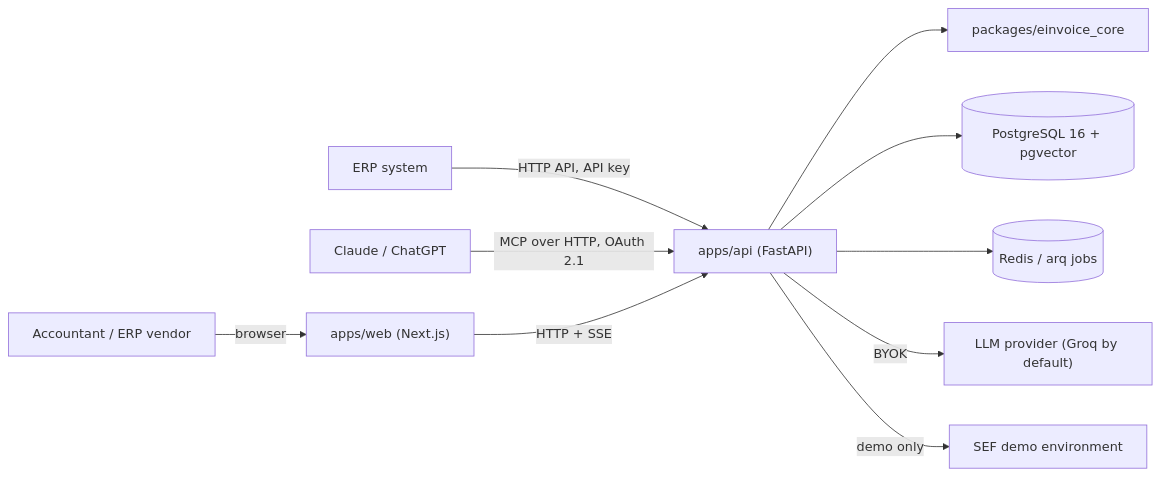
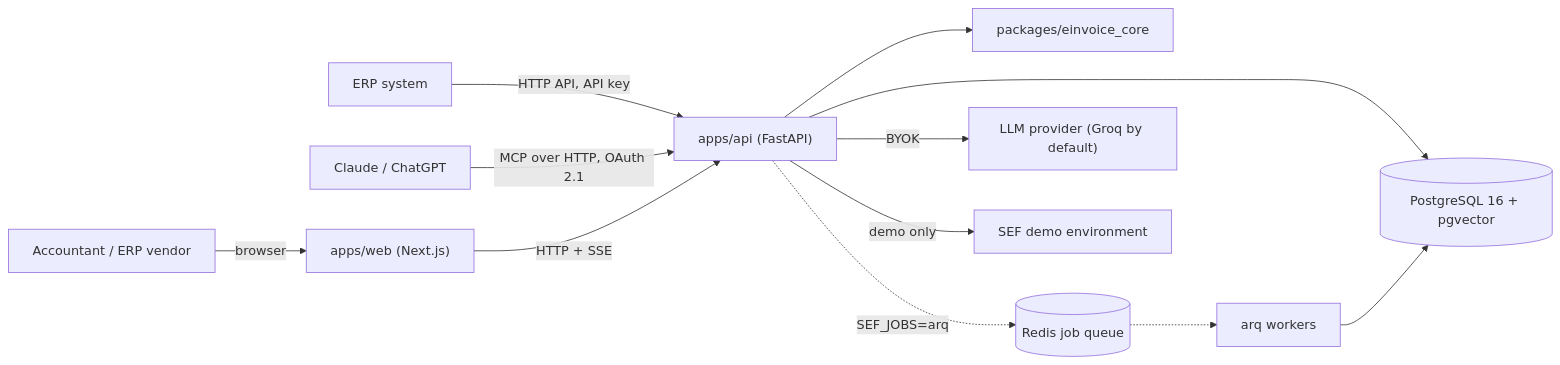
The diagram in docs/ARCHITECTURE.md (spasojewagner/sef-kopilot), drawn with Mermaid before and after one commit. The commit also changed other lines of this file and 14 other files, not shown here.

````diff
--- a/docs/ARCHITECTURE.md
+++ b/docs/ARCHITECTURE.md
@@ -13,12 +13,14 @@
 ```mermaid
 flowchart LR
     ACC["Accountant / ERP vendor"] -->|browser| WEB["apps/web (Next.js)"]
     ERP["ERP system"] -->|HTTP API, API key| API["apps/api (FastAPI)"]
     AGENT["Claude / ChatGPT"] -->|MCP over HTTP, OAuth 2.1| API
     WEB -->|HTTP + SSE| API
     API --> CORE["packages/einvoice_core"]
     API --> DB[("PostgreSQL 16 + pgvector")]
-    API --> REDIS[("Redis / arq jobs")]
+    API -.->|SEF_JOBS=arq| REDIS[("Redis job queue")]
+    REDIS -.-> WORKER["arq workers"]
+    WORKER --> DB
     API -->|BYOK| LLM["LLM provider (Groq by default)"]
     API -->|demo only| SEF["SEF demo environment"]
 ```
````
